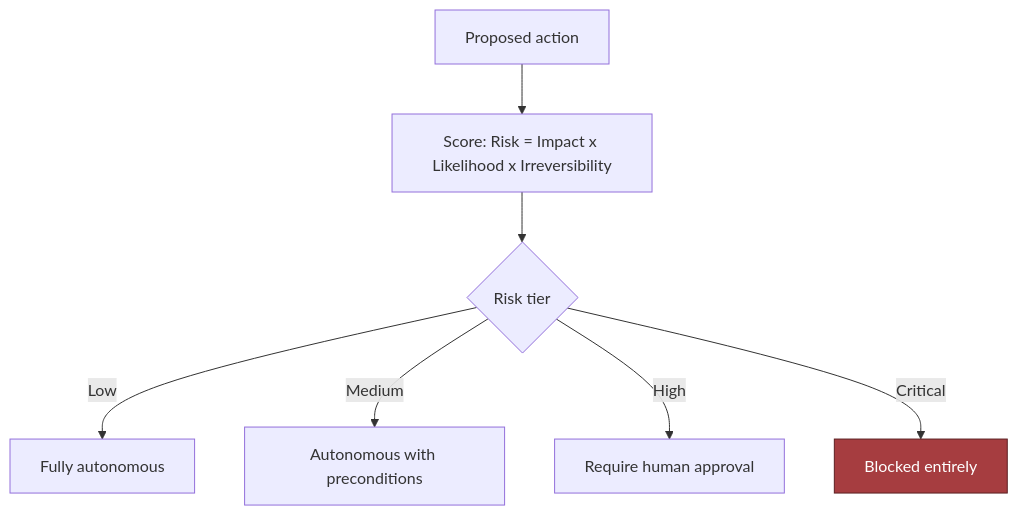
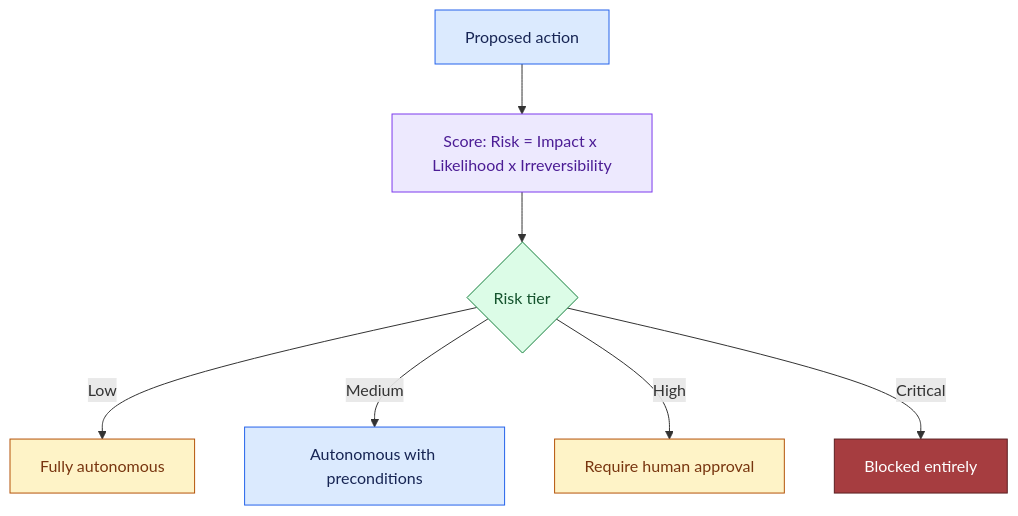
One commit to Sourav692/Forward-Deployed-Engineer-Interview-Prep changed the diagram in site/content/modules/15-fde-case-studies/agents-that-act/tool-using-agent-with-safety-controls/full-pack.md. Above: the diagram before and after it, drawn with Mermaid. The commit also changed other lines of this file and 1268 other files, not shown here.

First line of the commit message:
content: polish Casebook writing and Mermaid diagrams (#251)

````diff
--- a/site/content/modules/15-fde-case-studies/agents-that-act/tool-using-agent-with-safety-controls/full-pack.md
+++ b/site/content/modules/15-fde-case-studies/agents-that-act/tool-using-agent-with-safety-controls/full-pack.md
@@ -111,10 +145,22 @@
 ```mermaid
 flowchart TD
   A["Proposed action"] --> B["Score: Risk = Impact x Likelihood x Irreversibility"]
   B --> C{"Risk tier"}
   C -->|Low| D["Fully autonomous"]
   C -->|Medium| E["Autonomous with preconditions"]
   C -->|High| F["Require human approval"]
   C -->|Critical| G["Blocked entirely"]
   style G fill:#a63d40,stroke:#5c1f22,color:#fff
+
+    %% Casebook colours: entry, reasoning, results, controls, and stopped paths.
+    classDef cbInput fill:#dbeafe,stroke:#2563eb,color:#172554
+    class A,E cbInput
+    classDef cbReason fill:#ede9fe,stroke:#7c3aed,color:#4c1d95
+    class B cbReason
+    classDef cbAction fill:#dcfce7,stroke:#15803d,color:#14532d
+    class C cbAction
+    classDef cbPolicy fill:#fef3c7,stroke:#b45309,color:#78350f
+    class D,F cbPolicy
+    classDef cbStop fill:#fee2e2,stroke:#dc2626,color:#7f1d1d
+    class G cbStop
 ```
````
